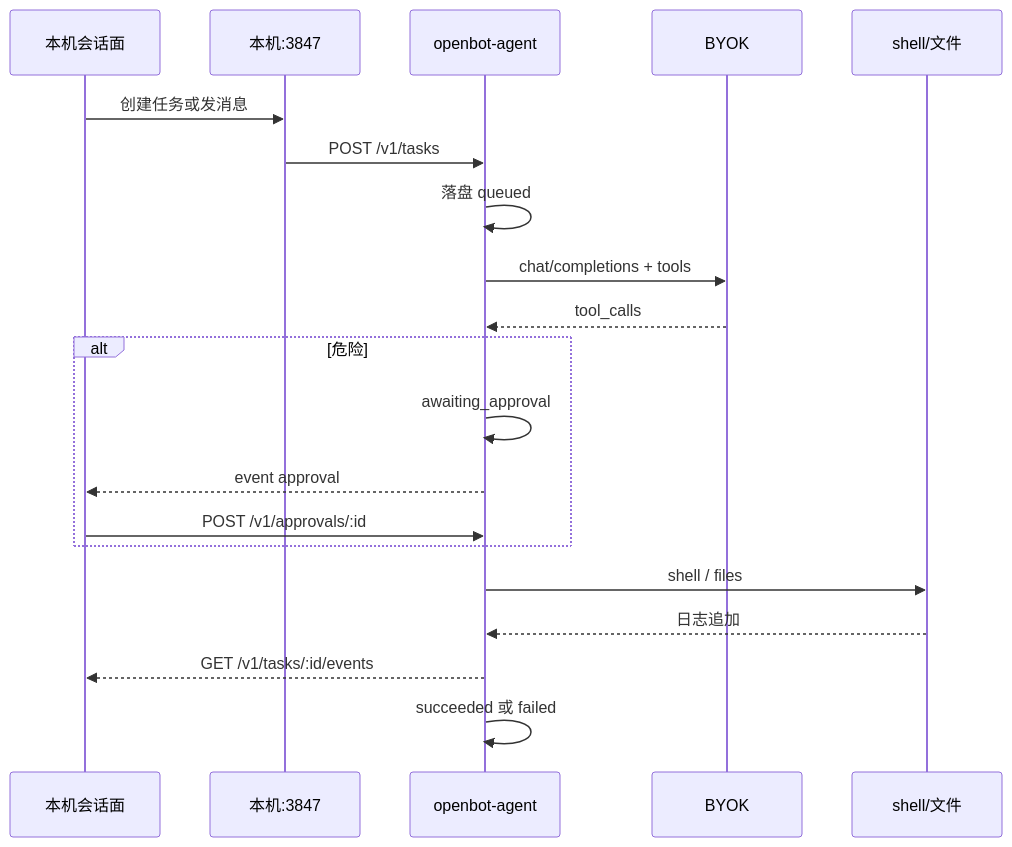
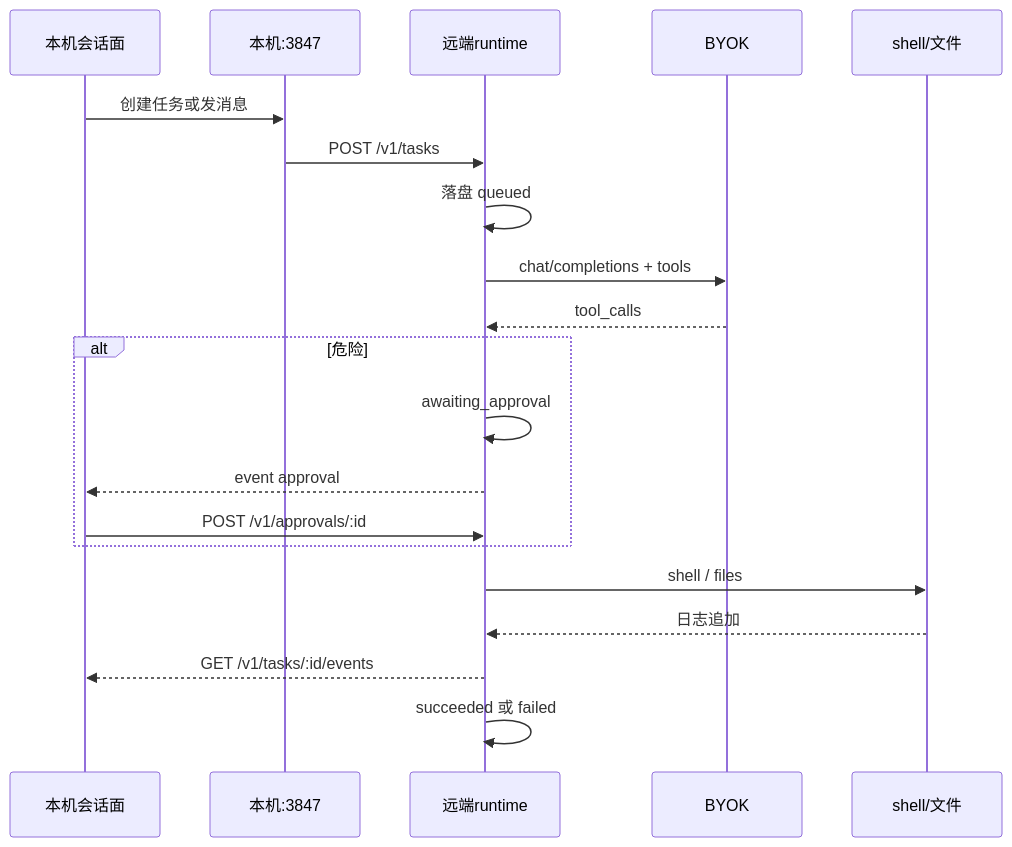
Before and after one commit to BiuBiuHu/OpenBot: the third of 4 diagrams in docs/openbot-mvp/03-architecture/architecture.md, drawn with Mermaid. The commit also changed other lines of this file and 13 other files, not shown here.

````diff
--- a/docs/openbot-mvp/03-architecture/architecture.md
+++ b/docs/openbot-mvp/03-architecture/architecture.md
@@ -232,22 +236,22 @@
 ```mermaid
 sequenceDiagram
   participant UI as 本机会话面
   participant Proxy as 本机:3847
-  participant A as openbot-agent
+  participant A as 远端runtime
   participant LLM as BYOK
   participant FS as shell/文件
   UI->>Proxy: 创建任务或发消息
   Proxy->>A: POST /v1/tasks
   A->>A: 落盘 queued
   A->>LLM: chat/completions + tools
   LLM-->>A: tool_calls
   alt 危险
     A->>A: awaiting_approval
     A-->>UI: event approval
     UI->>A: POST /v1/approvals/:id
   end
   A->>FS: shell / files
   FS-->>A: 日志追加
   A-->>UI: GET /v1/tasks/:id/events
   A->>A: succeeded 或 failed
 ```
````
